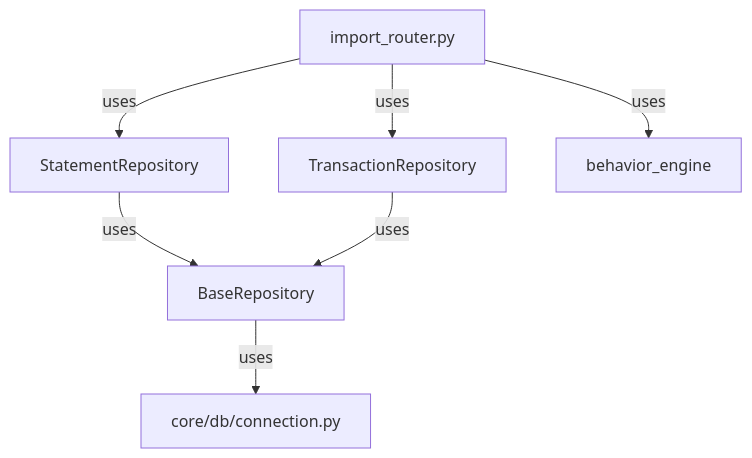
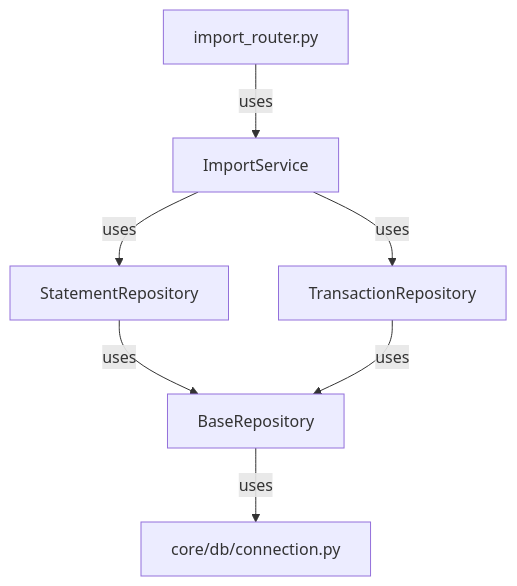
The tenth of 14 diagrams in docs/reports/Program_5_3B_Dependency_Graph.md (simcitysocial97-dev/ClariFin_OS), drawn with Mermaid before and after one commit. The commit also changed other lines of this file and 62 other files, not shown here.

````diff
--- a/docs/reports/Program_5_3B_Dependency_Graph.md
+++ b/docs/reports/Program_5_3B_Dependency_Graph.md
@@ -128,9 +133,9 @@
 ```mermaid
 graph TD
-    A[import_router.py] -->|uses| B[StatementRepository]
-    A -->|uses| C[TransactionRepository]
-    A -->|uses| D[behavior_engine]
-    B -->|uses| E[BaseRepository]
-    C -->|uses| E
+    A[import_router.py] -->|uses| B[ImportService]
+    B -->|uses| C[StatementRepository]
+    B -->|uses| D[TransactionRepository]
+    C -->|uses| E[BaseRepository]
+    D -->|uses| E
     E -->|uses| F[core/db/connection.py]
 ```
````
